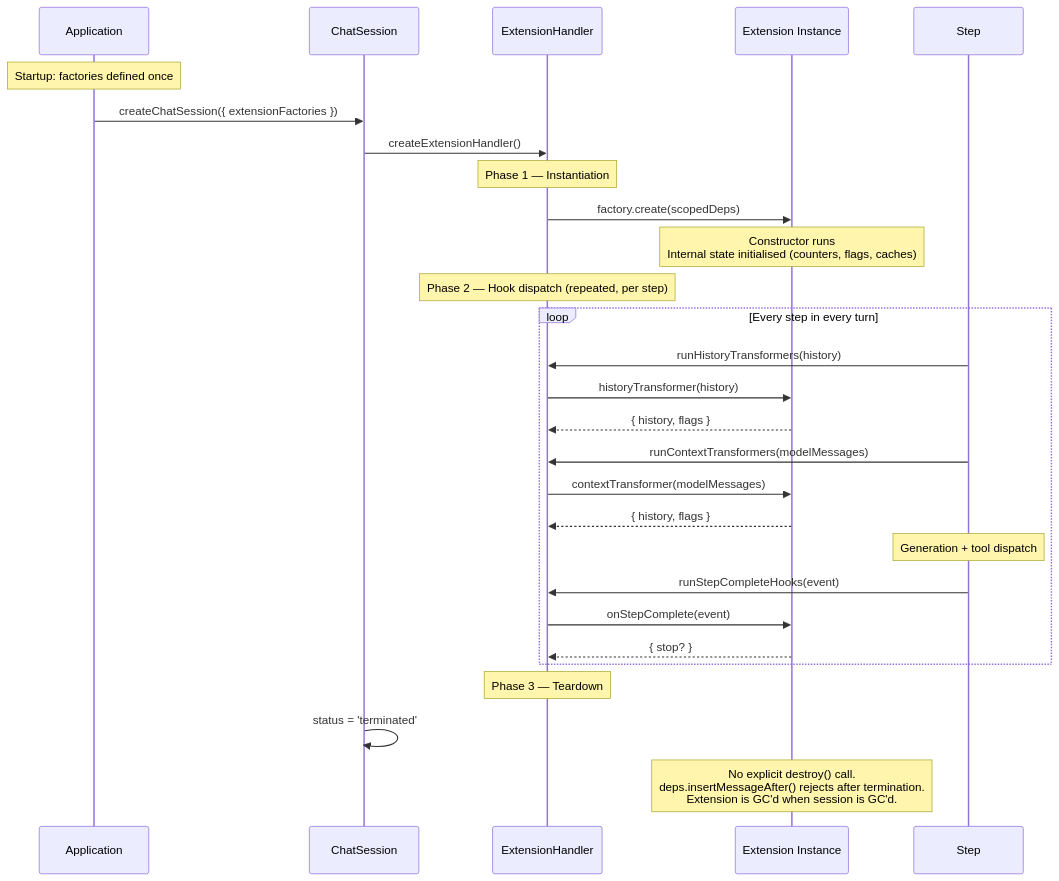
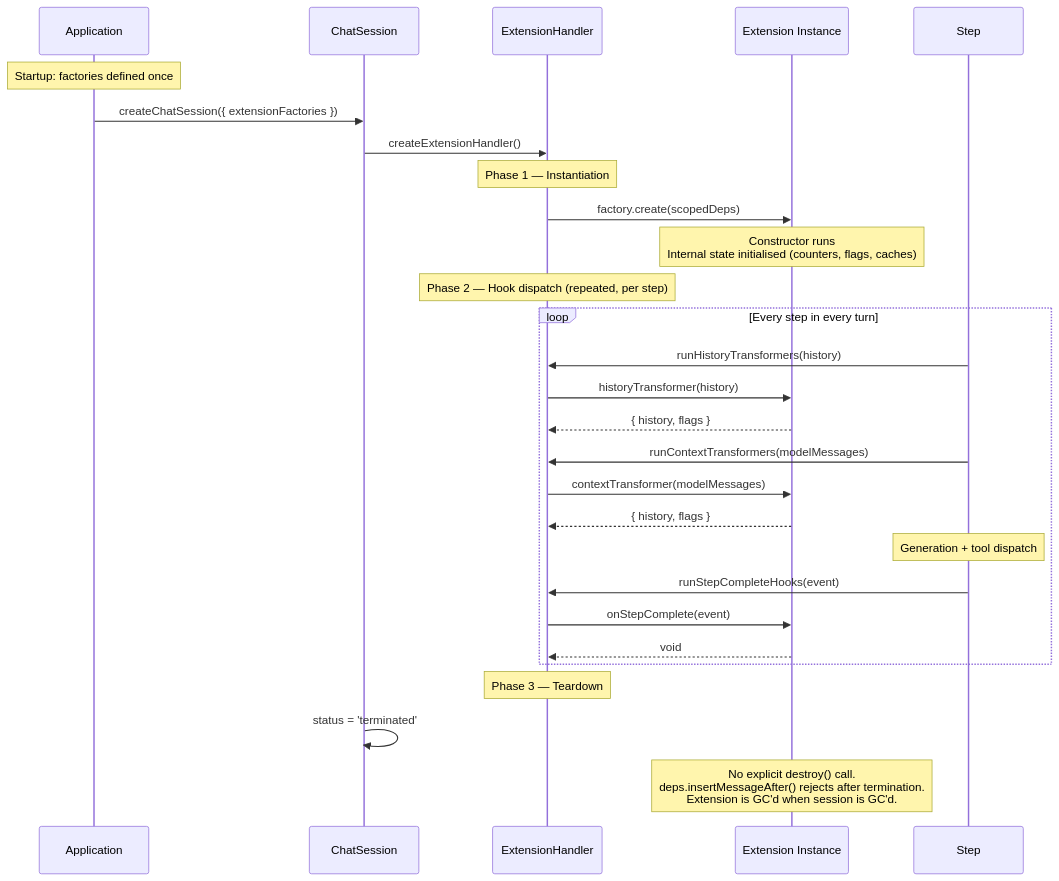
Before and after one commit to stagewise-io/klex: the fifth of 6 diagrams in apps/fluid-agent/src/session/chat/extensions/context-compaction/architecture.md, drawn with Mermaid. The commit also changed other lines of this file and 4 other files, not shown here.

````diff
--- a/apps/fluid-agent/src/session/chat/extensions/context-compaction/architecture.md
+++ b/apps/fluid-agent/src/session/chat/extensions/context-compaction/architecture.md
@@ -211,37 +211,37 @@
 ```mermaid
 sequenceDiagram
   participant App as Application
   participant Session as ChatSession
   participant Handler as ExtensionHandler
   participant Ext as Extension Instance
   participant Step as Step
 
   Note over App: Startup: factories defined once
   App->>Session: createChatSession({ extensionFactories })
   Session->>Handler: createExtensionHandler()
 
   Note over Handler: Phase 1 — Instantiation
   Handler->>Ext: factory.create(scopedDeps)
   Note over Ext: Constructor runs<br/>Internal state initialised (counters, flags, caches)
 
   Note over Handler: Phase 2 — Hook dispatch (repeated, per step)
   loop Every step in every turn
     Step->>Handler: runHistoryTransformers(history)
     Handler->>Ext: historyTransformer(history)
     Ext-->>Handler: { history, flags }
 
     Step->>Handler: runContextTransformers(modelMessages)
     Handler->>Ext: contextTransformer(modelMessages)
     Ext-->>Handler: { history, flags }
 
     Note over Step: Generation + tool dispatch
 
     Step->>Handler: runStepCompleteHooks(event)
     Handler->>Ext: onStepComplete(event)
-    Ext-->>Handler: { stop? }
+    Ext-->>Handler: void
   end
 
   Note over Handler: Phase 3 — Teardown
   Session->>Session: status = 'terminated'
   Note over Ext: No explicit destroy() call.<br/>deps.insertMessageAfter() rejects after termination.<br/>Extension is GC'd when session is GC'd.
 ```
````
